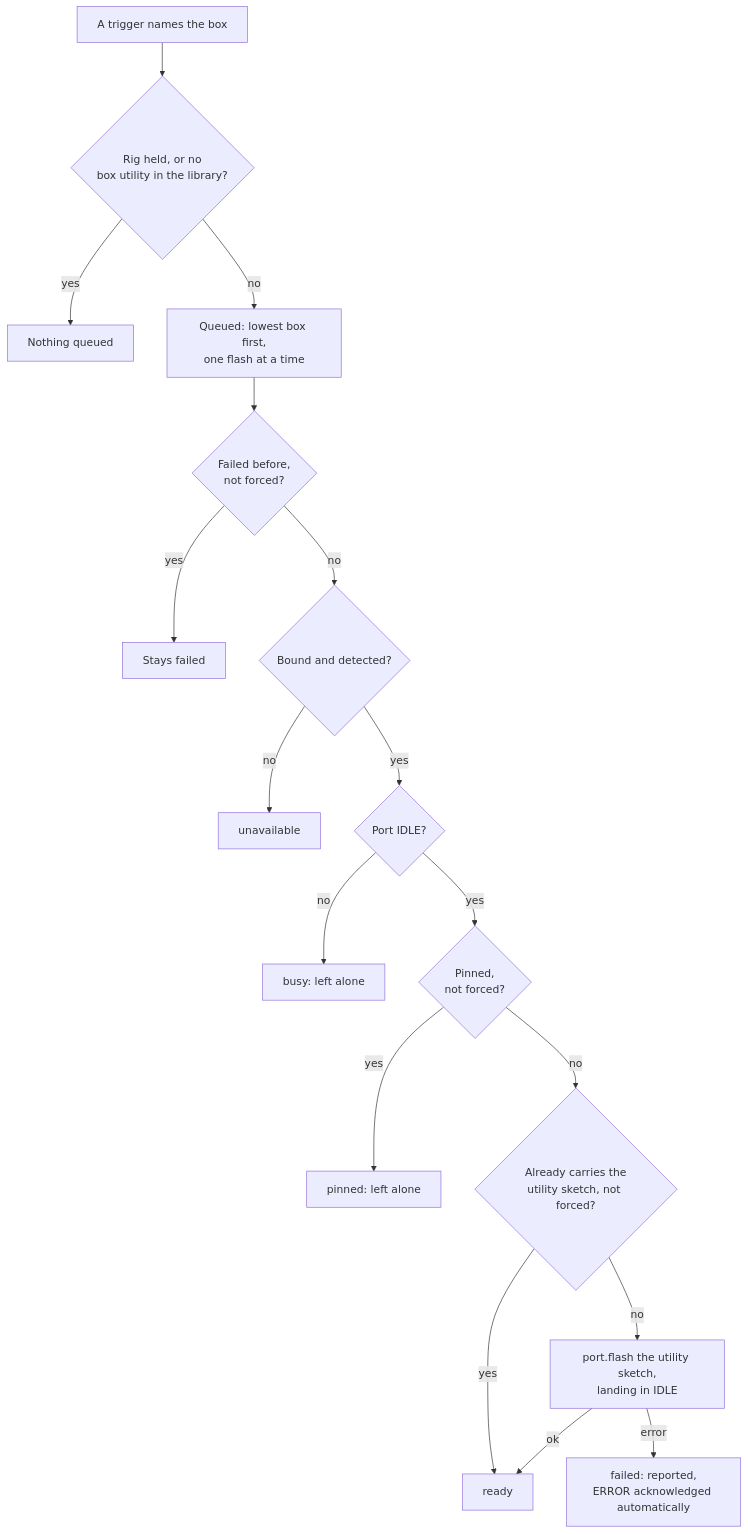
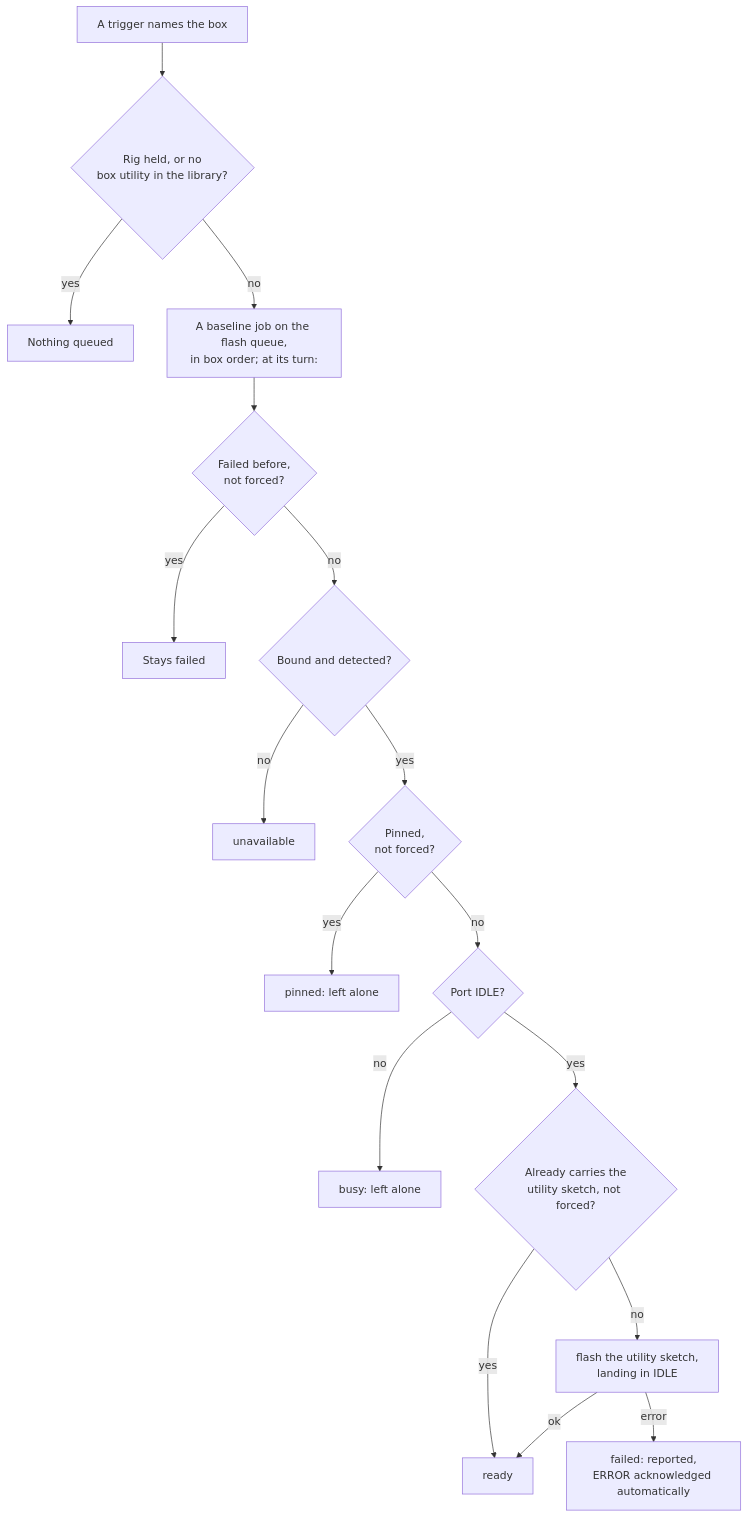
Before and after one commit to Chase-NJ/Ephymeris: the fourth of 9 diagrams in docs/ARCHITECTURE.md, drawn with Mermaid. The commit also changed other lines of this file and 35 other files, not shown here.

````diff
--- a/docs/ARCHITECTURE.md
+++ b/docs/ARCHITECTURE.md
@@ -658,19 +699,19 @@
 ```mermaid
 flowchart TD
     trigger["A trigger names the box"] --> gate{"Rig held, or no<br/>box utility in the library?"}
     gate -->|yes| nothing["Nothing queued"]
-    gate -->|no| queue["Queued: lowest box first,<br/>one flash at a time"]
+    gate -->|no| queue["A baseline job on the flash queue,<br/>in box order; at its turn:"]
     queue --> failedBefore{"Failed before,<br/>not forced?"}
     failedBefore -->|yes| stays["Stays failed"]
     failedBefore -->|no| bound{"Bound and detected?"}
     bound -->|no| unavailable["unavailable"]
-    bound -->|yes| idle{"Port IDLE?"}
+    bound -->|yes| pinned{"Pinned,<br/>not forced?"}
+    pinned -->|yes| keep["pinned: left alone"]
+    pinned -->|no| idle{"Port IDLE?"}
     idle -->|no| busy["busy: left alone"]
-    idle -->|yes| pinned{"Pinned,<br/>not forced?"}
-    pinned -->|yes| keep["pinned: left alone"]
-    pinned -->|no| carries{"Already carries the<br/>utility sketch, not forced?"}
+    idle -->|yes| carries{"Already carries the<br/>utility sketch, not forced?"}
     carries -->|yes| ready["ready"]
-    carries -->|no| flash["port.flash the utility sketch,<br/>landing in IDLE"]
+    carries -->|no| flash["flash the utility sketch,<br/>landing in IDLE"]
     flash -->|ok| ready
     flash -->|error| failed["failed: reported,<br/>ERROR acknowledged automatically"]
 ```
````
